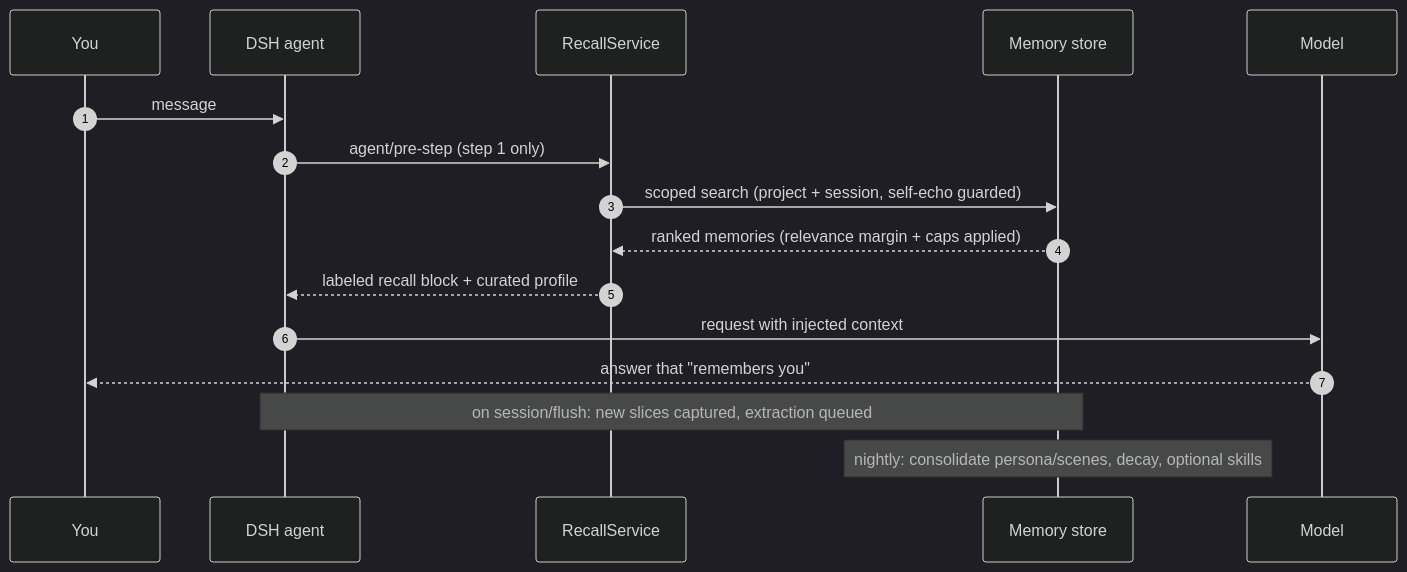
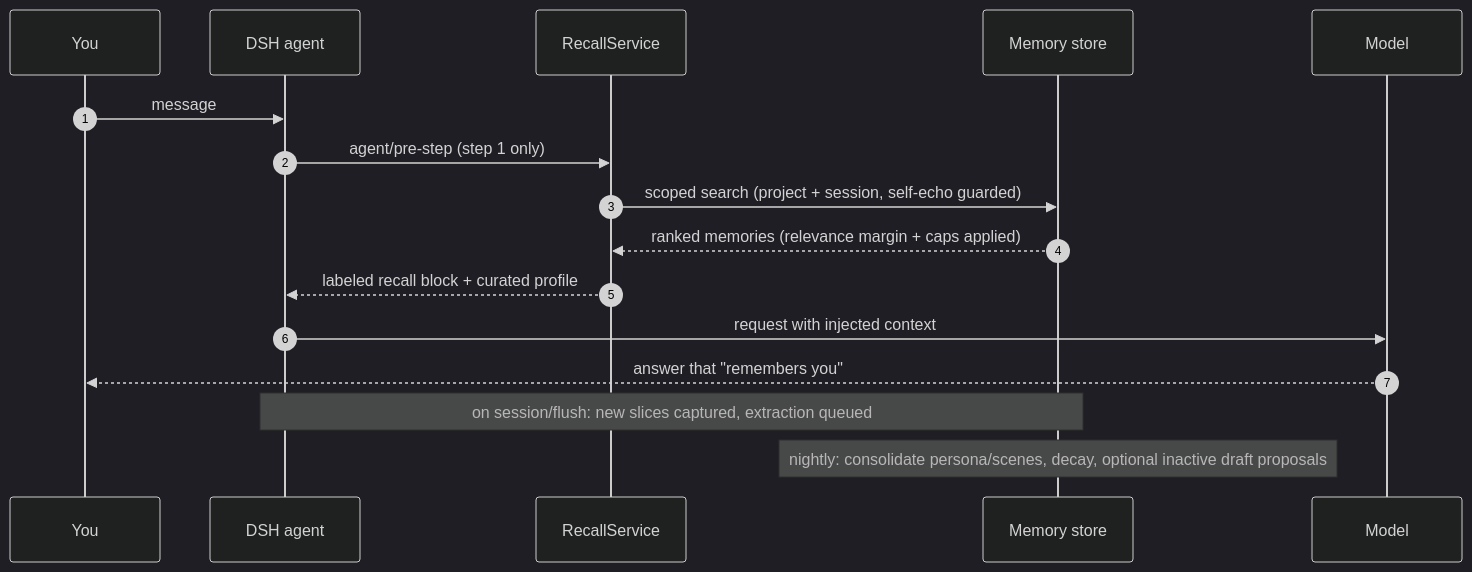
The second of 2 diagrams in README.md (asheghi/dsh-self-improved), drawn with Mermaid (dark theme) before and after one commit. The commit also changed other lines of this file and 63 other files, not shown here.

````diff
--- a/README.md
+++ b/README.md
@@ -79,19 +80,19 @@
 ```mermaid
 sequenceDiagram
     autonumber
     participant U as You
     participant A as DSH agent
     participant R as RecallService
     participant S as Memory store
     participant M as Model
 
     U->>A: message
     A->>R: agent/pre-step (step 1 only)
     R->>S: scoped search (project + session, self-echo guarded)
     S-->>R: ranked memories (relevance margin + caps applied)
     R-->>A: labeled recall block + curated profile
     A->>M: request with injected context
     M-->>U: answer that "remembers you"
     Note over A,S: on session/flush: new slices captured, extraction queued
-    Note over S: nightly: consolidate persona/scenes, decay, optional skills
+    Note over S: nightly: consolidate persona/scenes, decay, optional inactive draft proposals
 ```
````
